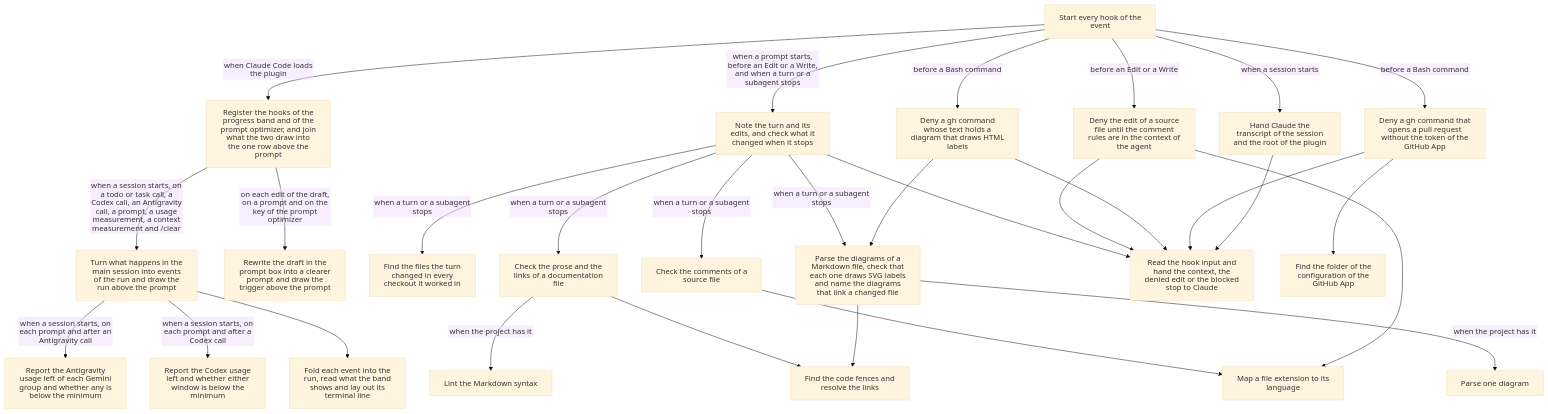
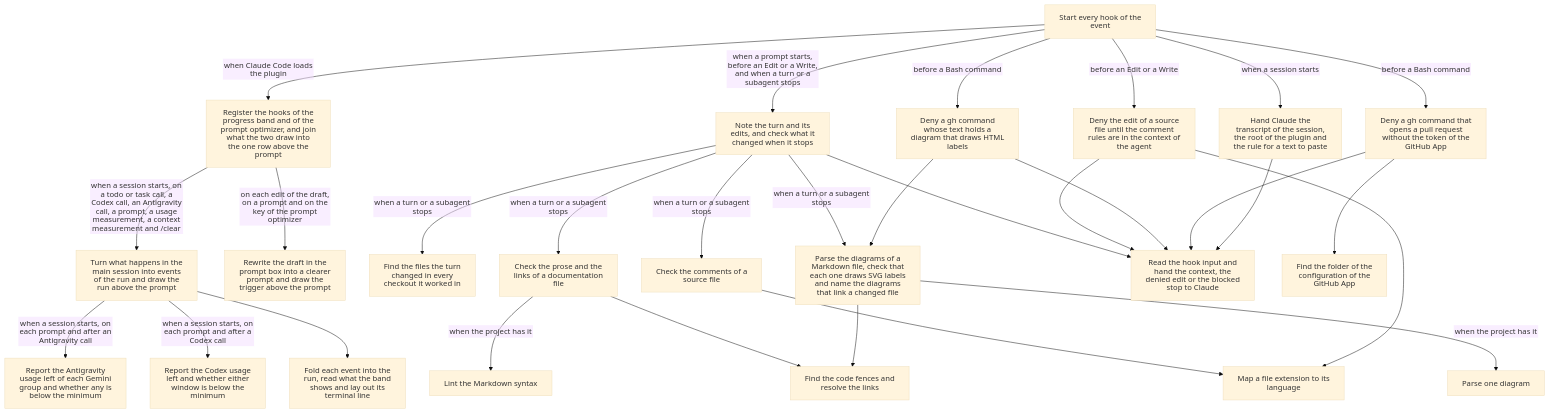
Before and after one commit to renefatuaki/skills: the diagram in plugins/forge/hooks/README.md, drawn with Mermaid (base theme). The commit also changed 7 other files, not shown here.

First line of the commit message:
feat(clipboard): hand a text to paste to the clipboard or TextEdit

````diff
--- a/plugins/forge/hooks/README.md
+++ b/plugins/forge/hooks/README.md
@@ -5,34 +5,34 @@
 ```mermaid
 %%{init: {"htmlLabels": false}}%%
 flowchart TD
   accTitle: What happens when a session starts, while a turn runs, while Claude works through a todo list, and when the key of the prompt optimizer is pressed?
   hooksJson["Start every hook of the event"]
-  hooksJson -->|"when a session starts"| sessionContext["Hand Claude the transcript of the session and the root of the plugin"]
+  hooksJson -->|"when a session starts"| sessionContext["Hand Claude the transcript of the session, the root of the plugin and the rule for a text to paste"]
   hooksJson -->|"before an Edit or a Write"| loadCommentRules["Deny the edit of a source file until the comment rules are in the context of the agent"]
   hooksJson -->|"before a Bash command"| checkDiagramLabels["Deny a gh command whose text holds a diagram that draws HTML labels"]
   hooksJson -->|"before a Bash command"| checkPullRequestAuthor["Deny a gh command that opens a pull request without the token of the GitHub App"]
   hooksJson -->|"when a prompt starts, before an Edit or a Write, and when a turn or a subagent stops"| checkTurn["Note the turn and its edits, and check what it changed when it stops"]
   hooksJson -->|"when Claude Code loads the plugin"| module["Register the hooks of the progress band and of the prompt optimizer, and join what the two draw into the one row above the prompt"]
   module -->|"when a session starts, on a todo or task call, a Codex call, an Antigravity call, a prompt, a usage measurement, a context measurement and /clear"| progress["Turn what happens in the main session into events of the run and draw the run above the prompt"]
   module -->|"on each edit of the draft, on a prompt and on the key of the prompt optimizer"| promptOptimizer["Rewrite the draft in the prompt box into a clearer prompt and draw the trigger above the prompt"]
   checkTurn -->|"when a turn or a subagent stops"| changes["Find the files the turn changed in every checkout it worked in"]
   checkTurn -->|"when a turn or a subagent stops"| comments["Check the comments of a source file"]
   checkTurn -->|"when a turn or a subagent stops"| docs["Check the prose and the links of a documentation file"]
   checkTurn -->|"when a turn or a subagent stops"| diagrams["Parse the diagrams of a Markdown file, check that each one draws SVG labels and name the diagrams that link a changed file"]
   docs -->|"when the project has it"| markdownlint["Lint the Markdown syntax"]
   diagrams -->|"when the project has it"| mermaid["Parse one diagram"]
   docs --> markdown["Find the code fences and resolve the links"]
   diagrams --> markdown
   comments --> languages["Map a file extension to its language"]
   loadCommentRules --> languages
   checkTurn --> hook["Read the hook input and hand the context, the denied edit or the blocked stop to Claude"]
   loadCommentRules --> hook
   checkDiagramLabels --> hook
   checkDiagramLabels --> diagrams
   checkPullRequestAuthor --> hook
   checkPullRequestAuthor --> githubApp["Find the folder of the configuration of the GitHub App"]
   sessionContext --> hook
   progress --> run["Fold each event into the run, read what the band shows and lay out its terminal line"]
   progress -->|"when a session starts, on each prompt and after a Codex call"| codexModel["Report the Codex usage left and whether either window is below the minimum"]
   progress -->|"when a session starts, on each prompt and after an Antigravity call"| antigravity["Report the Antigravity usage left of each Gemini group and whether any is below the minimum"]
 ```
````
